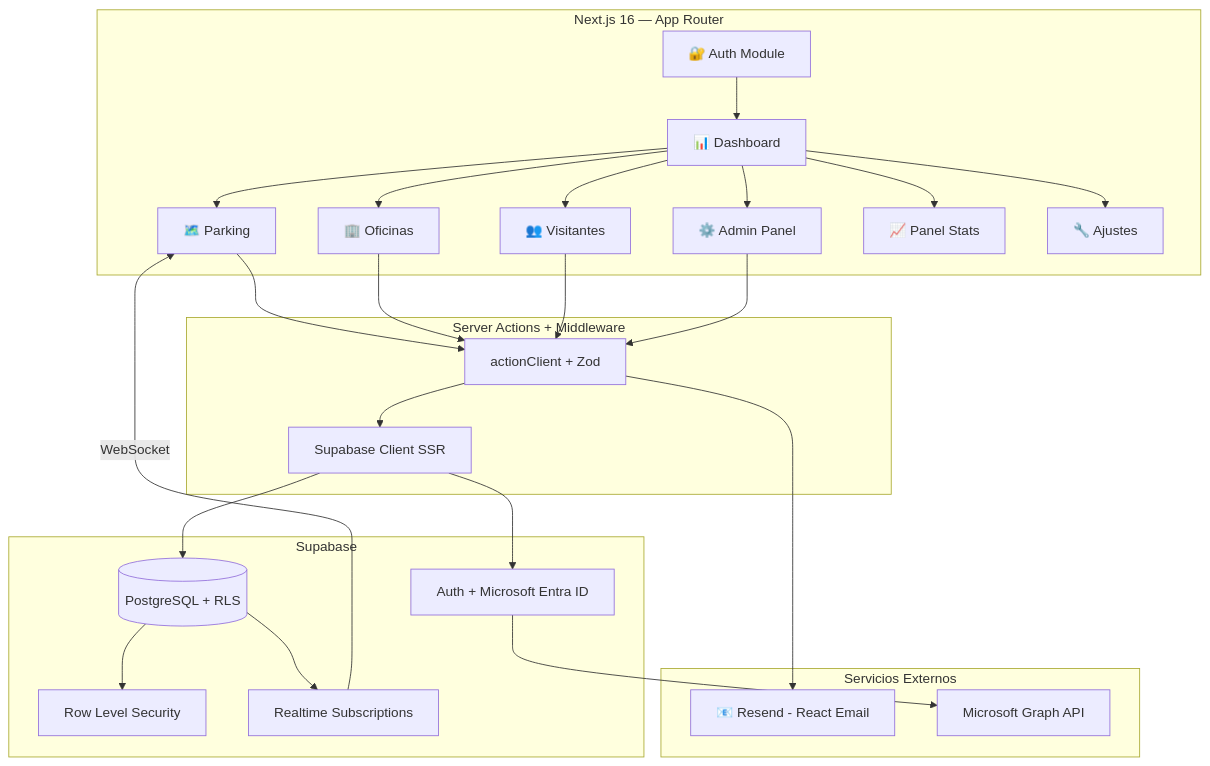
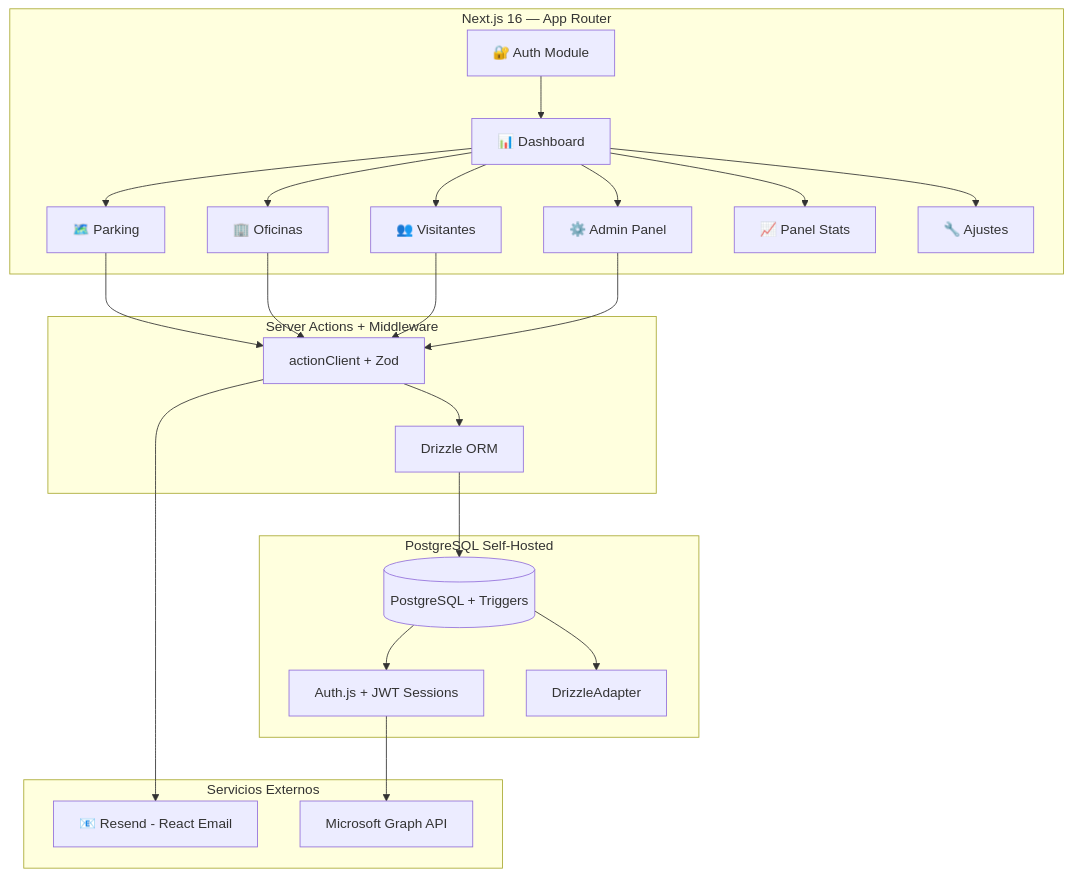
Before and after one commit to lostal/seven-suite: the diagram in README.md, drawn with Mermaid. The commit also changed other lines of this file and 110 other files, not shown here.

````diff
--- a/README.md
+++ b/README.md
@@ -217,34 +218,31 @@
 ```mermaid
 flowchart TB
     subgraph Cliente["Next.js 16 — App Router"]
         A[🔐 Auth Module] --> B[📊 Dashboard]
         B --> C[🗺️ Parking]
         B --> C2[🏢 Oficinas]
         B --> D[👥 Visitantes]
         B --> E[⚙️ Admin Panel]
         B --> F[📈 Panel Stats]
         B --> G[🔧 Ajustes]
     end
 
     subgraph Servidor["Server Actions + Middleware"]
         C --> H[actionClient + Zod]
         C2 --> H
         D --> H
         E --> H
-        H --> I[Supabase Client SSR]
+        H --> I[Drizzle ORM]
     end
 
-    subgraph Data["Supabase"]
-        I --> J[(PostgreSQL + RLS)]
-        J --> K[Row Level Security]
-        J --> L[Realtime Subscriptions]
-        I --> M[Auth + Microsoft Entra ID]
+    subgraph Data["PostgreSQL Self-Hosted"]
+        I --> J[(PostgreSQL + Triggers)]
+        J --> K[Auth.js + JWT Sessions]
+        J --> L[DrizzleAdapter]
     end
 
     subgraph Servicios["Servicios Externos"]
         H --> N[📧 Resend - React Email]
-        M --> O[Microsoft Graph API]
+        K --> O[Microsoft Graph API]
     end
-
-    L -->|WebSocket| C
 ```
````
